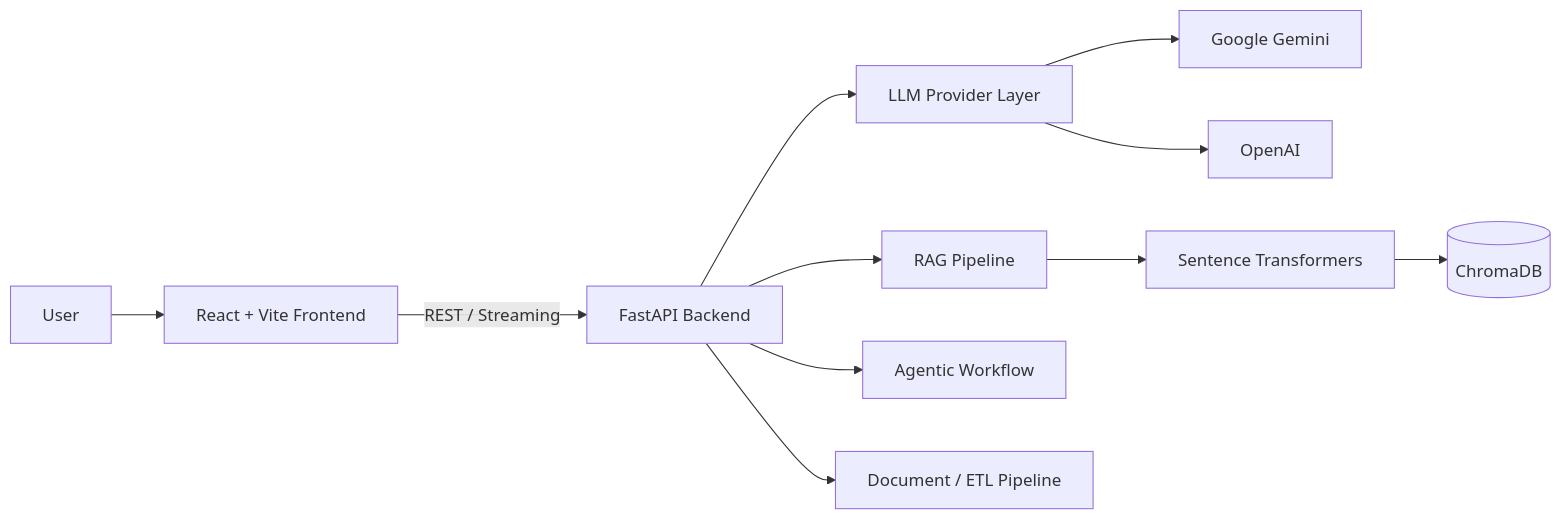
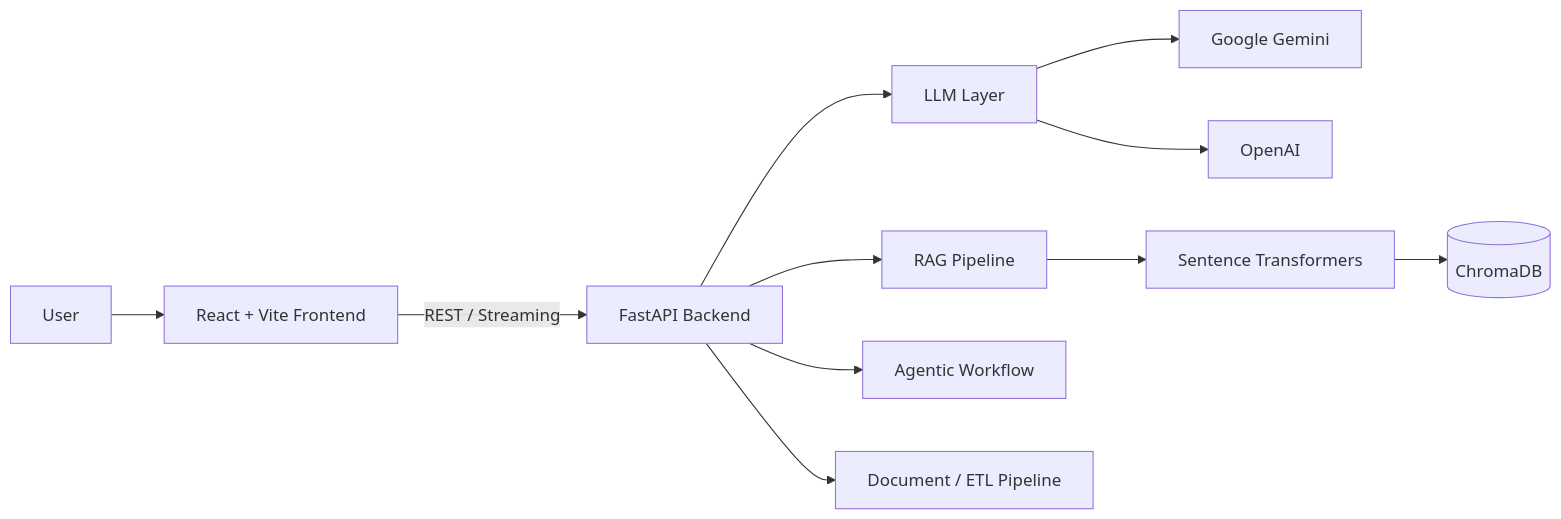
Before and after one commit to ankithavc14-maker/LuminaryAI: the diagram in README.md, drawn with Mermaid.

Commit message:
Update flowchart to include LLM Layer and Agentic Workflow

````diff
--- a/README.md
+++ b/README.md
@@ -36,13 +36,16 @@
 ```mermaid
 flowchart LR
     U[User] --> F[React + Vite Frontend]
     F -->|REST / Streaming| B[FastAPI Backend]
-    B --> L[LLM Provider Layer]
+
+    B --> L[LLM Layer]
     L --> G[Google Gemini]
     L --> O[OpenAI]
+
     B --> R[RAG Pipeline]
     R --> E[Sentence Transformers]
     E --> V[(ChromaDB)]
+
     B --> A[Agentic Workflow]
     B --> D[Document / ETL Pipeline]
 ```
````
